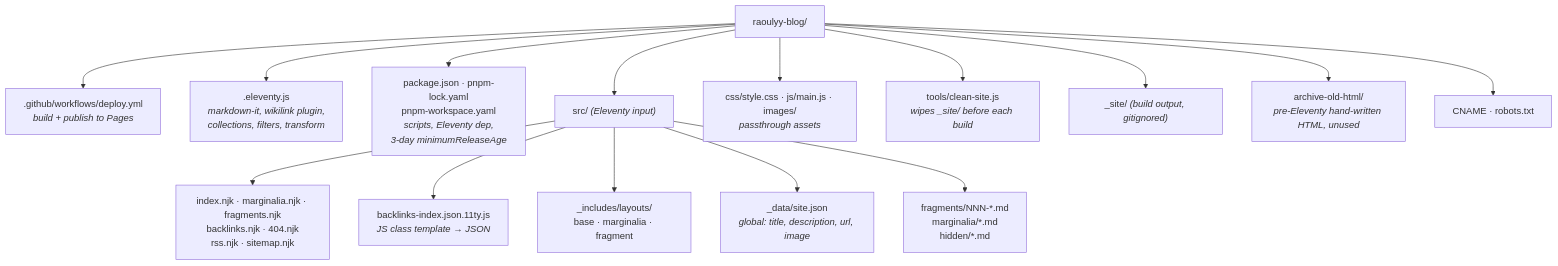
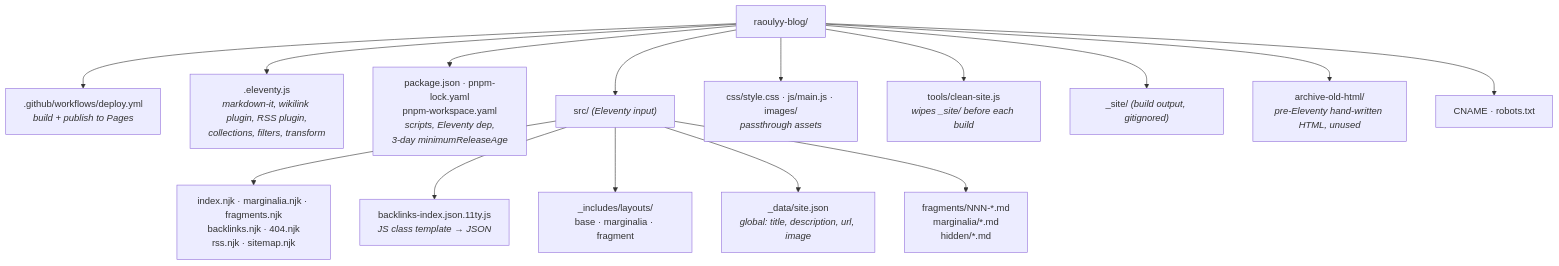
Before and after one commit to raoul-g/raoulyy-blog: the second of 9 diagrams in ARCHITECTURE.md, drawn with Mermaid. The commit also changed other lines of this file and 4 other files, not shown here.

First line of the commit message:
use the official RSS plugin for feed dates and absolute links

````diff
--- a/ARCHITECTURE.md
+++ b/ARCHITECTURE.md
@@ -55,20 +55,20 @@
 ```mermaid
 flowchart TB
     ROOT["raoulyy-blog/"]
 
     ROOT --> WF[".github/workflows/deploy.yml<br/><i>build + publish to Pages</i>"]
-    ROOT --> CFG[".eleventy.js<br/><i>markdown-it, wikilink plugin,<br/>collections, filters, transform</i>"]
+    ROOT --> CFG[".eleventy.js<br/><i>markdown-it, wikilink plugin, RSS plugin,<br/>collections, filters, transform</i>"]
     ROOT --> PKG["package.json · pnpm-lock.yaml<br/>pnpm-workspace.yaml<br/><i>scripts, Eleventy dep,<br/>3-day minimumReleaseAge</i>"]
     ROOT --> SRC["src/ <i>(Eleventy input)</i>"]
     ROOT --> ASSETS["css/style.css · js/main.js · images/<br/><i>passthrough assets</i>"]
     ROOT --> TOOLS["tools/clean-site.js<br/><i>wipes _site/ before each build</i>"]
     ROOT --> OUT["_site/ <i>(build output, gitignored)</i>"]
     ROOT --> ARCH["archive-old-html/<br/><i>pre-Eleventy hand-written HTML, unused</i>"]
     ROOT --> MISC["CNAME · robots.txt"]
 
     SRC --> PAGES_["index.njk · marginalia.njk · fragments.njk<br/>backlinks.njk · 404.njk<br/>rss.njk · sitemap.njk"]
     SRC --> JSONT["backlinks-index.json.11ty.js<br/><i>JS class template → JSON</i>"]
     SRC --> LAYOUTS["_includes/layouts/<br/>base · marginalia · fragment"]
     SRC --> DATA["_data/site.json<br/><i>global: title, description, url, image</i>"]
     SRC --> CONTENT["fragments/NNN-*.md<br/>marginalia/*.md<br/>hidden/*.md"]
 ```
````
